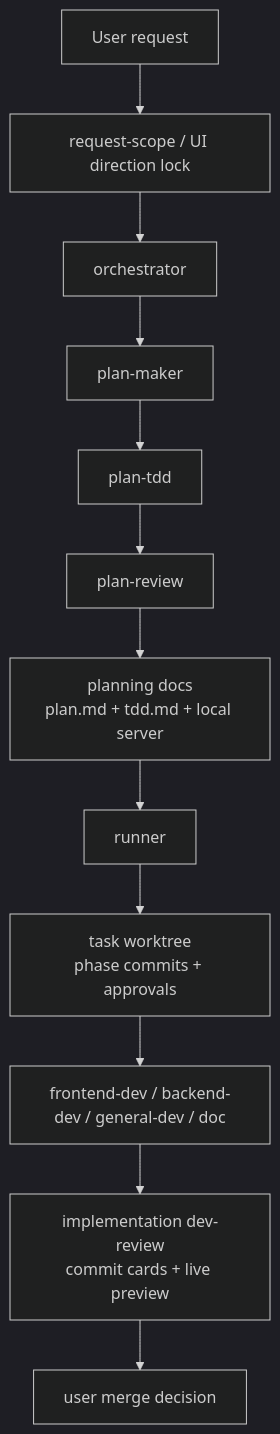
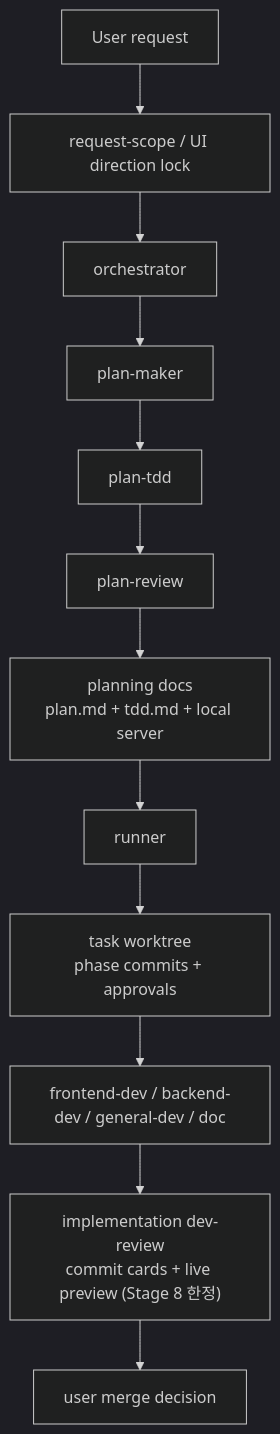
Before and after one commit to SeoJaeWan/try-claude-code: the tenth of 14 diagrams in docs/claude-code-workflow-evolution.md, drawn with Mermaid (dark theme). The commit also changed other lines of this file and 1 other file, not shown here.

Commit message:
fix(codex): restore dev wiki graph loading

````diff
--- a/docs/claude-code-workflow-evolution.md
+++ b/docs/claude-code-workflow-evolution.md
@@ -496,17 +506,17 @@
 ```mermaid
 flowchart TD
     U["User request"]
     LOCK["request-scope / UI direction lock"]
     ORCH["orchestrator"]
     ARCH["plan-maker"]
     MAT["plan-tdd"]
     REVIEW["plan-review"]
     PLANDOCS["planning docs<br/>plan.md + tdd.md + local server"]
     RUN["runner"]
     WT["task worktree<br/>phase commits + approvals"]
     EXEC["frontend-dev / backend-dev / general-dev / doc"]
-    IMPDEVREV["implementation dev-review<br/>commit cards + live preview"]
+    IMPDEVREV["implementation dev-review<br/>commit cards + live preview (Stage 8 한정)"]
     MERGE["user merge decision"]
 
     U --> LOCK --> ORCH --> ARCH --> MAT --> REVIEW --> PLANDOCS --> RUN --> WT --> EXEC --> IMPDEVREV --> MERGE
 ```
````
